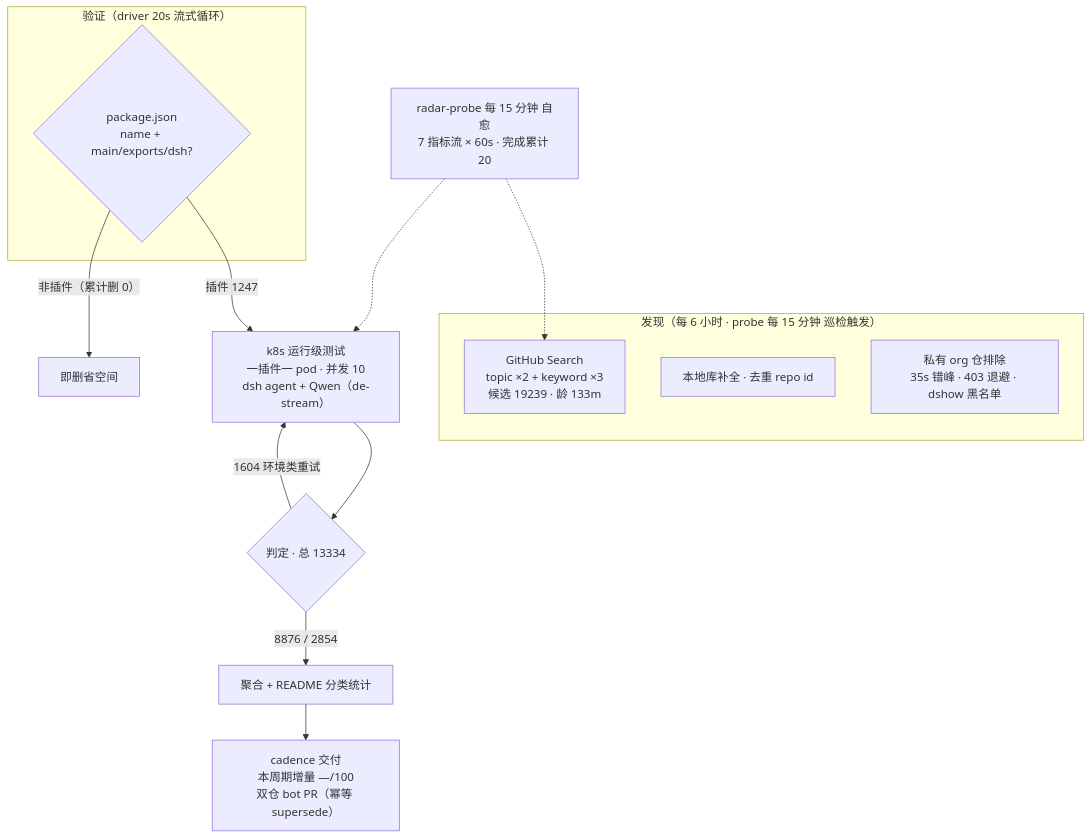
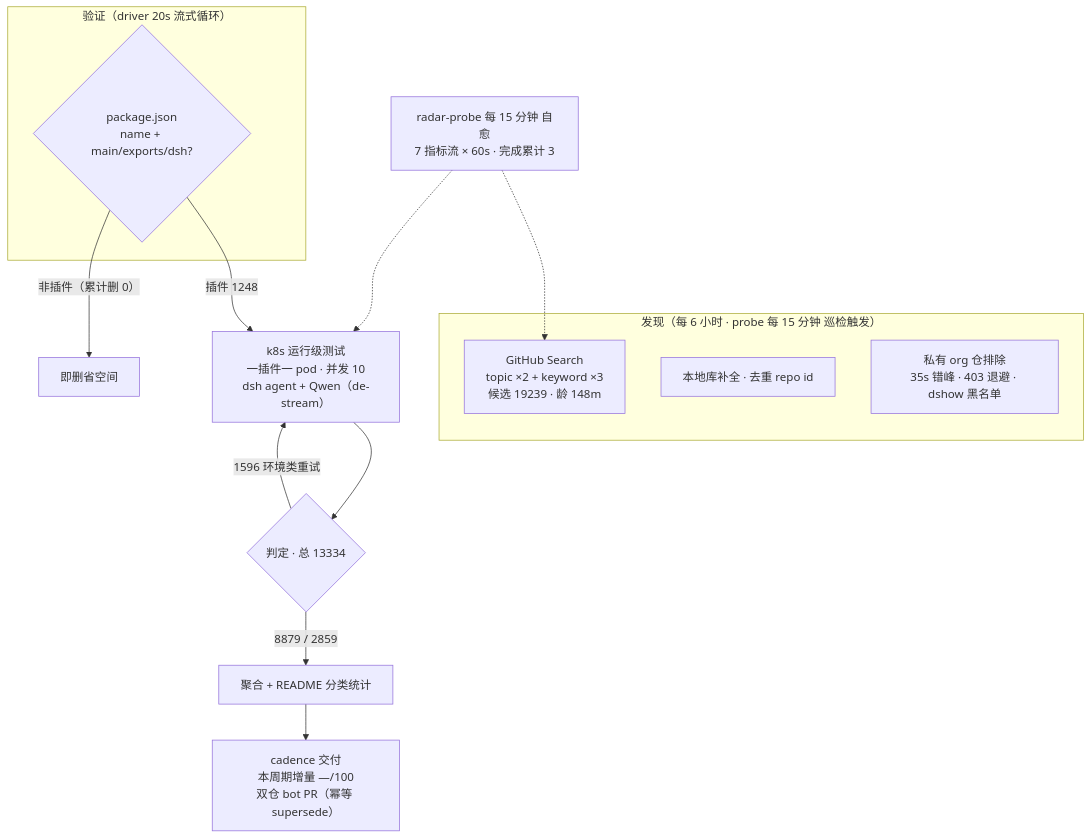
The diagram in README.md (Zhidao-Lab-OSS/awesome-dsh-plugins), drawn with Mermaid before and after one commit. The commit also changed other lines of this file and 1 other file, not shown here.

````diff
--- a/README.md
+++ b/README.md
@@ -60,20 +61,20 @@
 ```mermaid
 flowchart TB
     subgraph Discovery["发现（每 6 小时 · probe 每 15 分钟 巡检触发）"]
-        A1["GitHub Search<br/>topic ×2 + keyword ×3<br/>候选 19239 · 龄 133m"]
+        A1["GitHub Search<br/>topic ×2 + keyword ×3<br/>候选 19239 · 龄 148m"]
         A2["本地库补全 · 去重 repo id"]
         A3["私有 org 仓排除<br/>35s 错峰 · 403 退避 · dshow 黑名单"]
     end
     subgraph Validation["验证（driver 20s 流式循环）"]
         B1{"package.json<br/>name + main/exports/dsh?"}
     end
-    B1 -->|"插件 1247"| C1["k8s 运行级测试<br/>一插件一 pod · 并发 10<br/>dsh agent + Qwen（de-stream）"]
+    B1 -->|"插件 1248"| C1["k8s 运行级测试<br/>一插件一 pod · 并发 10<br/>dsh agent + Qwen（de-stream）"]
     B1 -->|"非插件（累计删 0）"| B3["即删省空间"]
     C1 --> D1{"判定 · 总 13334"}
-    D1 -->|"8876 / 2854"| E1["聚合 + README 分类统计"]
-    D1 -->|"1604 环境类重试"| C1
+    D1 -->|"8879 / 2859"| E1["聚合 + README 分类统计"]
+    D1 -->|"1596 环境类重试"| C1
     E1 --> E2["cadence 交付<br/>本周期增量 —/100<br/>双仓 bot PR（幂等 supersede）"]
-    M["radar-probe 每 15 分钟 自愈<br/>7 指标流 × 60s · 完成累计 20"]
+    M["radar-probe 每 15 分钟 自愈<br/>7 指标流 × 60s · 完成累计 3"]
     M -.-> A1
     M -.-> C1
 ```
````
